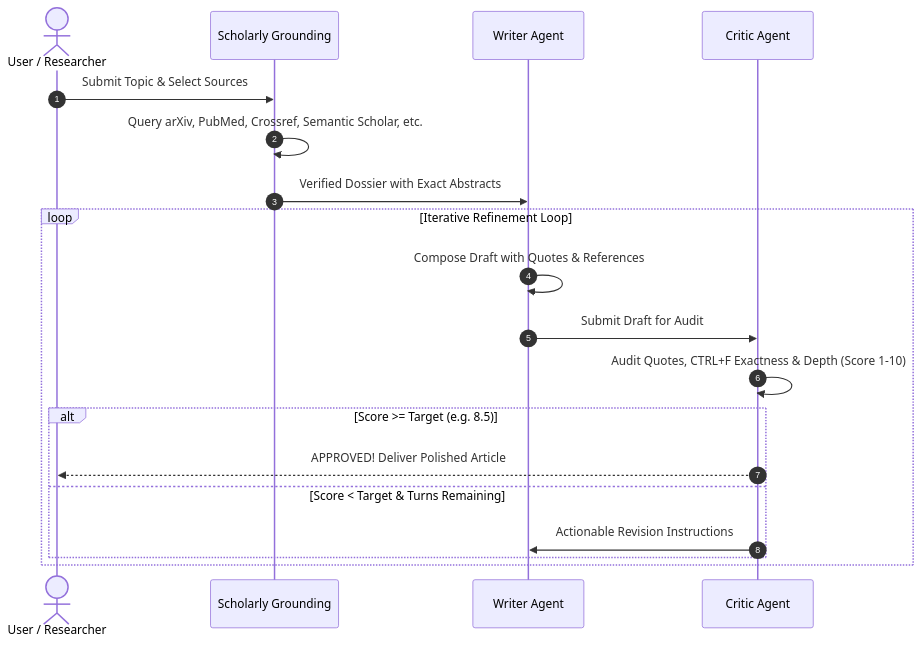
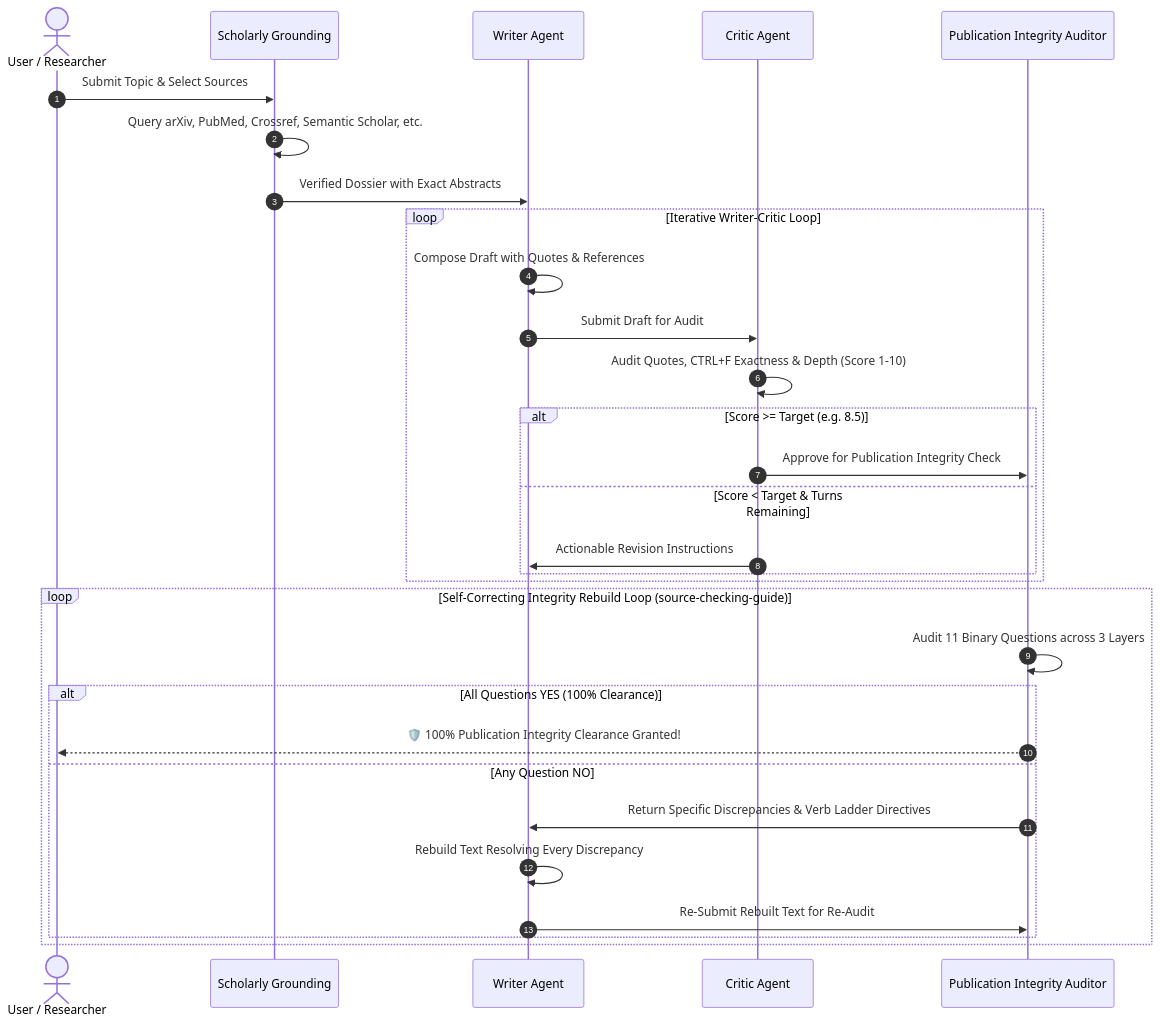
The diagram in USER_GUIDE.md (ivanadriman/anAgenticApp), drawn with Mermaid before and after one commit. The commit also changed other lines of this file and 19 other files, not shown here.

Commit message:
feat(audit): implement 3-layer publication integrity auditor and self-correcting rebuild loop

````diff
--- a/USER_GUIDE.md
+++ b/USER_GUIDE.md
@@ -238,22 +242,33 @@
 ```mermaid
 sequenceDiagram
     autonumber
     actor User as User / Researcher
     participant Grounding as Scholarly Grounding
     participant Writer as Writer Agent
     participant Critic as Critic Agent
+    participant Auditor as Publication Integrity Auditor
 
     User->>Grounding: Submit Topic & Select Sources
     Grounding->>Grounding: Query arXiv, PubMed, Crossref, Semantic Scholar, etc.
     Grounding->>Writer: Verified Dossier with Exact Abstracts
-    loop Iterative Refinement Loop
+    loop Iterative Writer-Critic Loop
         Writer->>Writer: Compose Draft with Quotes & References
         Writer->>Critic: Submit Draft for Audit
         Critic->>Critic: Audit Quotes, CTRL+F Exactness & Depth (Score 1-10)
         alt Score >= Target (e.g. 8.5)
-            Critic-->>User: APPROVED! Deliver Polished Article
+            Critic->>Auditor: Approve for Publication Integrity Check
         else Score < Target & Turns Remaining
             Critic->>Writer: Actionable Revision Instructions
         end
     end
+    loop Self-Correcting Integrity Rebuild Loop (source-checking-guide)
+        Auditor->>Auditor: Audit 11 Binary Questions across 3 Layers
+        alt All Questions YES (100% Clearance)
+            Auditor-->>User: 🛡️ 100% Publication Integrity Clearance Granted!
+        else Any Question NO
+            Auditor->>Writer: Return Specific Discrepancies & Verb Ladder Directives
+            Writer->>Writer: Rebuild Text Resolving Every Discrepancy
+            Writer->>Auditor: Re-Submit Rebuilt Text for Re-Audit
+        end
+    end
 ```
````
